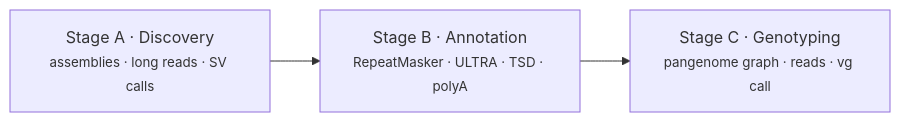
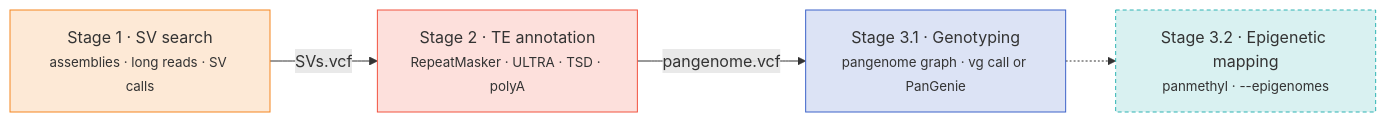
One commit to cgroza/GraffiTE changed the diagram in README.md. Above: the diagram before and after it, drawn with Mermaid. The commit also changed other lines of this file, not shown here.

First line of the commit message:
docs(readme): 1.1 banner, the 1.0 paper under Citation, new logo, stage numbers

````diff
--- a/README.md
+++ b/README.md
@@ -26,7 +34,16 @@
 ```mermaid
 flowchart LR
-    A["Stage A · Discovery<br/><small>assemblies · long reads · SV calls</small>"]
-    B["Stage B · Annotation<br/><small>RepeatMasker · ULTRA · TSD · polyA</small>"]
-    C["Stage C · Genotyping<br/><small>pangenome graph · reads · vg call</small>"]
-    A --> B --> C
+    S1["Stage 1 · SV search<br/><small>assemblies · long reads · SV calls</small>"]
+    S2["Stage 2 · TE annotation<br/><small>RepeatMasker · ULTRA · TSD · polyA</small>"]
+    S31["Stage 3.1 · Genotyping<br/><small>pangenome graph · vg call or PanGenie</small>"]
+    S32["Stage 3.2 · Epigenetic mapping<br/><small>panmethyl · --epigenomes</small>"]
+    S1 -->|"SVs.vcf"| S2 -->|"pangenome.vcf"| S31 -.-> S32
+    classDef s1 fill:#f5851f2e,stroke:#f5851f
+    classDef s2 fill:#f2523f2e,stroke:#f2523f
+    classDef s31 fill:#3d63c92e,stroke:#3d63c9
+    classDef s32 fill:#2fb3b32e,stroke:#2fb3b3,stroke-dasharray:4 3
+    class S1 s1
+    class S2 s2
+    class S31 s31
+    class S32 s32
 ```
````
